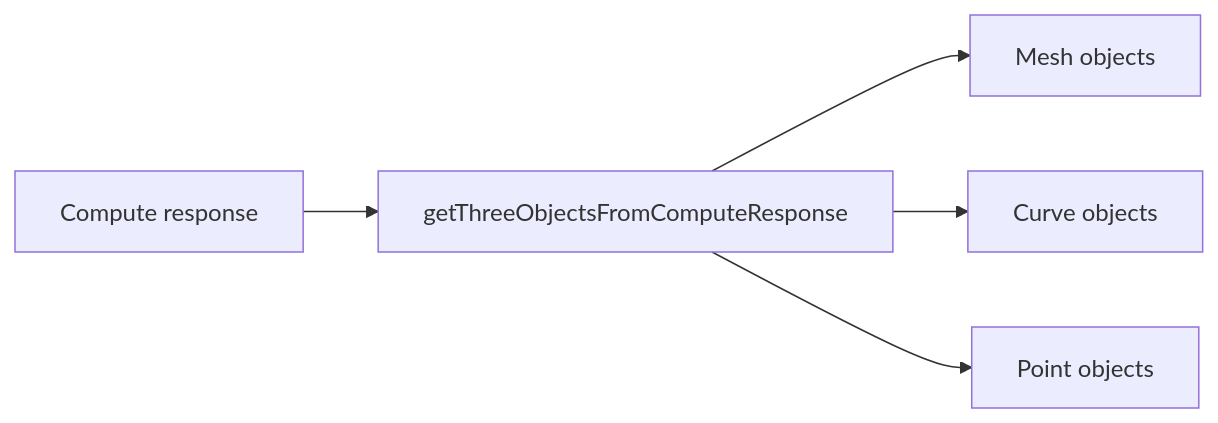
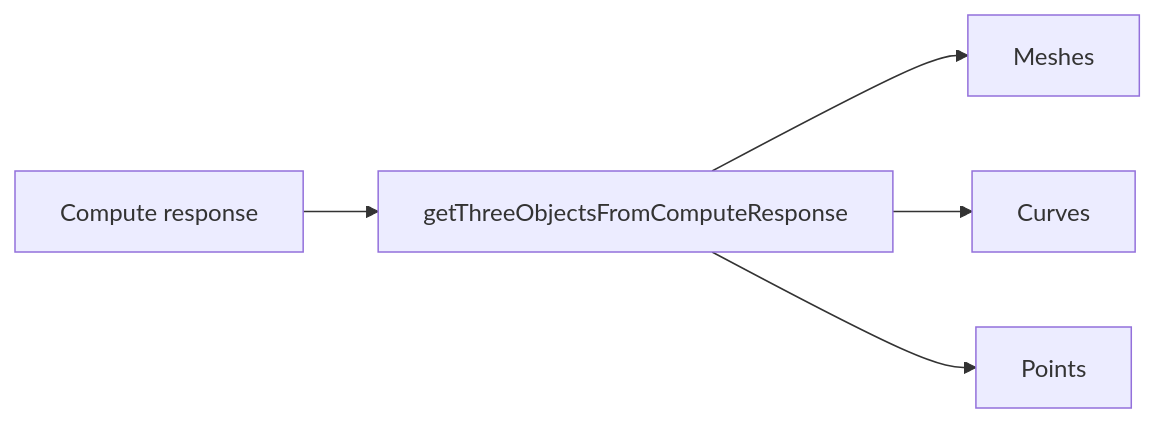
One commit to VektorNode/selva changed the diagram in packages/visualization/src/parse/README.md. Above: the diagram before and after it, drawn with Mermaid. The commit also changed other lines of this file and 42 other files, not shown here.

````diff
--- a/packages/visualization/src/parse/README.md
+++ b/packages/visualization/src/parse/README.md
@@ -15,7 +18,7 @@
 ```mermaid
 flowchart LR
   A[Compute response] --> B[getThreeObjectsFromComputeResponse]
-  B --> C[Mesh objects]
-  B --> D[Curve objects]
-  B --> E[Point objects]
+  B --> C[Meshes]
+  B --> D[Curves]
+  B --> E[Points]
 ```
````
